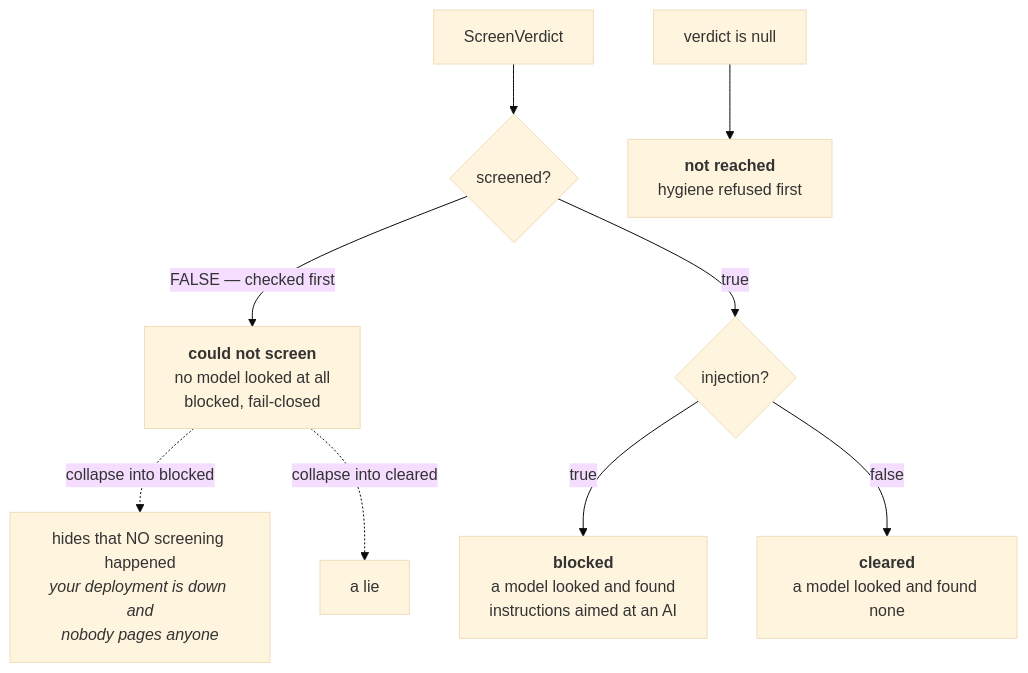
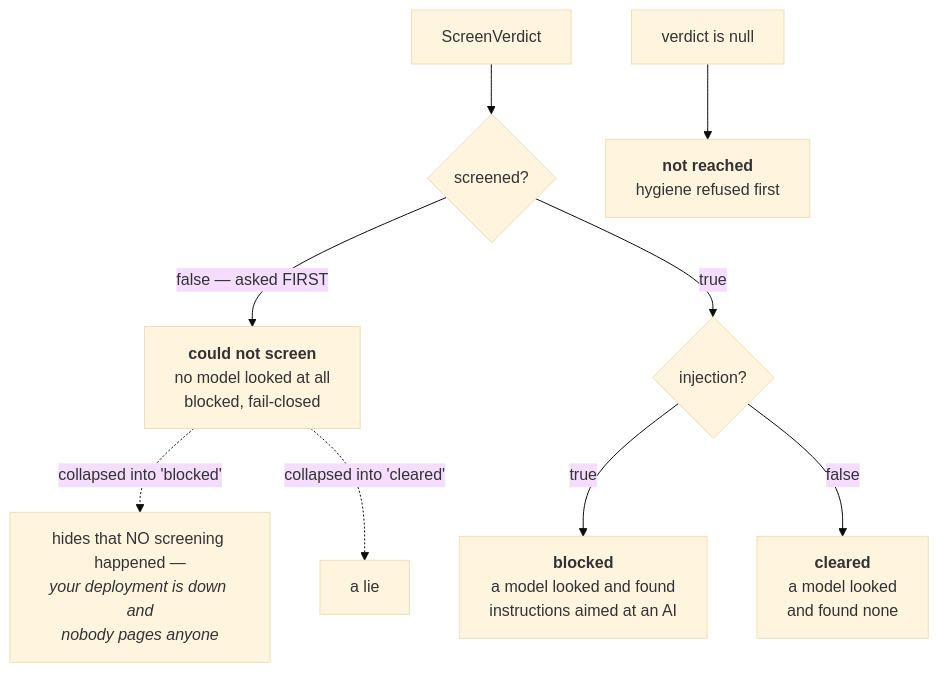
One commit to yrevash/aegis changed the fourth of 5 diagrams in docs/teaching/vision/40-diagrams.md. Above: the diagram before and after it, drawn with Mermaid (base theme). The commit also changed other lines of this file and 111 other files, not shown here.

````diff
--- a/docs/teaching/vision/40-diagrams.md
+++ b/docs/teaching/vision/40-diagrams.md
@@ -139,13 +122,13 @@
 ```mermaid
 flowchart TB
     V["ScreenVerdict"] --> Q1{"screened?"}
-    Q1 -->|"FALSE — checked first"| U["<b>could not screen</b><br/>no model looked at all<br/>blocked, fail-closed"]
+    Q1 -->|"false — asked FIRST"| U["<b>could not screen</b><br/>no model looked at all<br/>blocked, fail-closed"]
     Q1 -->|true| Q2{"injection?"}
     Q2 -->|true| B["<b>blocked</b><br/>a model looked and found<br/>instructions aimed at an AI"]
-    Q2 -->|false| C["<b>cleared</b><br/>a model looked and found none"]
+    Q2 -->|false| CL["<b>cleared</b><br/>a model looked<br/>and found none"]
 
     NULLV["verdict is null"] --> N["<b>not reached</b><br/>hygiene refused first"]
 
-    U -.->|"collapse into blocked"| OPS["hides that NO screening happened<br/><i>your deployment is down and<br/>nobody pages anyone</i>"]
-    U -.->|"collapse into cleared"| LIE["a lie"]
+    U -.->|"collapsed into 'blocked'"| OPS["hides that NO screening happened —<br/><i>your deployment is down and<br/>nobody pages anyone</i>"]
+    U -.->|"collapsed into 'cleared'"| LIE["a lie"]
 ```
````
